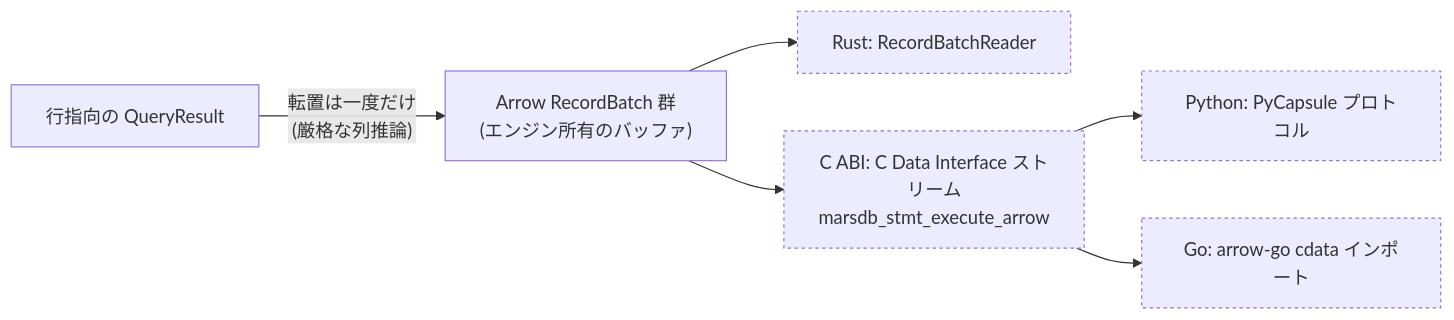
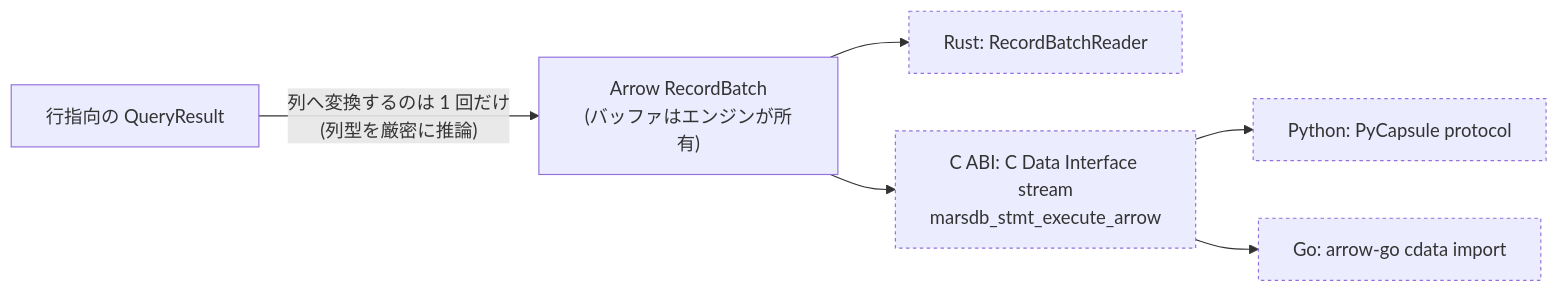
The diagram in book/src/internals/ja/results-and-boundaries.md (knoguchi/marsdb), drawn with Mermaid before and after one commit. The commit also changed other lines of this file and 9 other files, not shown here.

````diff
--- a/book/src/internals/ja/results-and-boundaries.md
+++ b/book/src/internals/ja/results-and-boundaries.md
@@ -95,11 +88,11 @@
 ```mermaid
 flowchart LR
-    R["行指向の QueryResult"] -->|"転置は一度だけ\n(厳格な列推論)"| B["Arrow RecordBatch 群\n(エンジン所有のバッファ)"]
+    R["行指向の QueryResult"] -->|"列へ変換するのは 1 回だけ\n(列型を厳密に推論)"| B["Arrow RecordBatch\n(バッファはエンジンが所有)"]
     B --> RS["Rust: RecordBatchReader"]
-    B --> C["C ABI: C Data Interface ストリーム\nmarsdb_stmt_execute_arrow"]
-    C --> PY["Python: PyCapsule プロトコル"]
-    C --> GO["Go: arrow-go cdata インポート"]
+    B --> C["C ABI: C Data Interface stream\nmarsdb_stmt_execute_arrow"]
+    C --> PY["Python: PyCapsule protocol"]
+    C --> GO["Go: arrow-go cdata import"]
     classDef zc stroke-dasharray: 3 3
     class RS,C,PY,GO zc
-    %% 破線 = ゼロコピー: ポインタの受け渡しのみ、シリアライズなし
+    %% 破線はゼロコピー: シリアライズせずポインタを受け渡す
 ```
````
